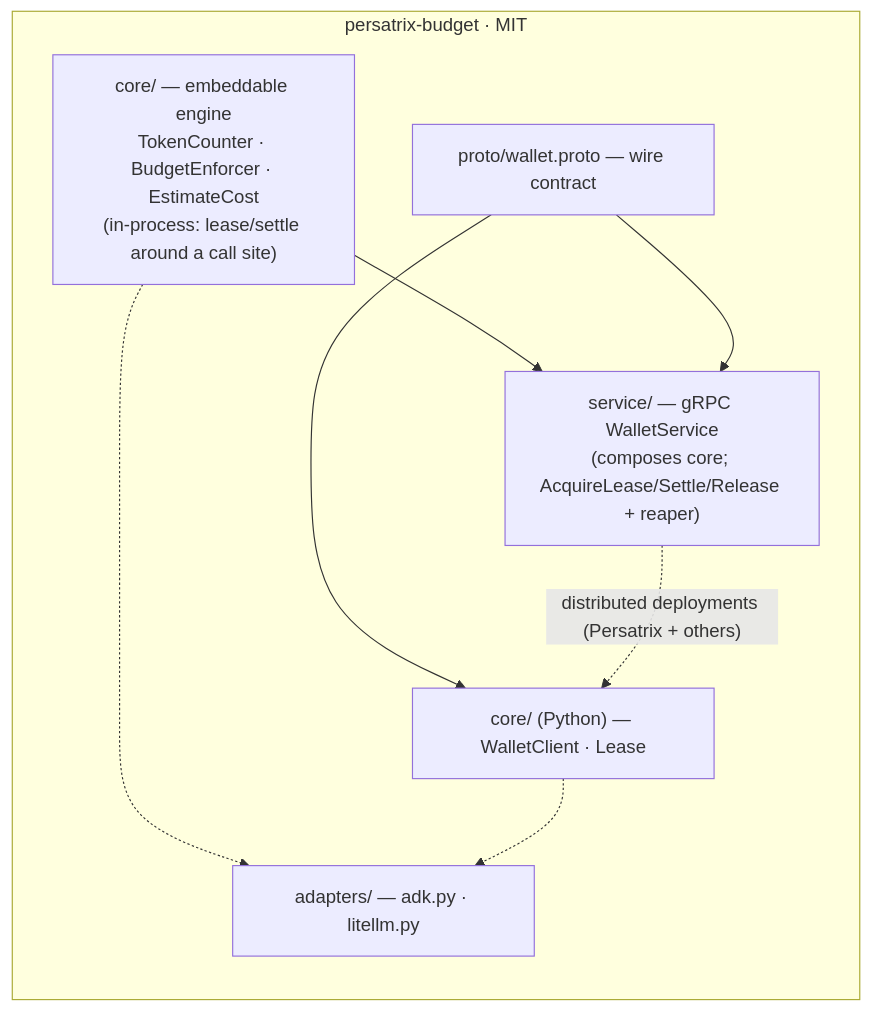
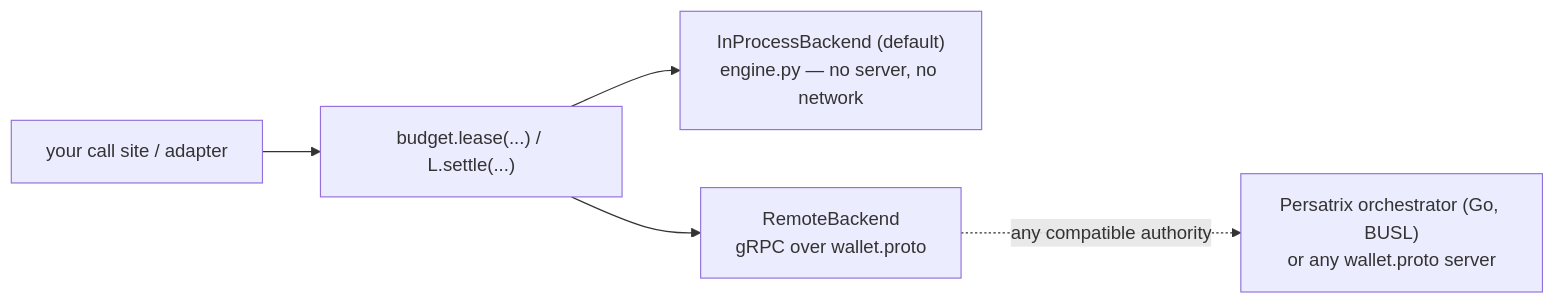
The diagram in docs/rfcs/0046-budget-lease-extraction.md (mkhomutov/Persatrix), drawn with Mermaid before and after one commit. The commit also changed other lines of this file and 3 other files, not shown here.

````diff
--- a/docs/rfcs/0046-budget-lease-extraction.md
+++ b/docs/rfcs/0046-budget-lease-extraction.md
@@ -144,16 +150,7 @@
 ```mermaid
 flowchart LR
-  subgraph persatrix-budget [persatrix-budget · MIT]
-    core["core/ — embeddable engine<br/>TokenCounter · BudgetEnforcer · EstimateCost<br/>(in-process: lease/settle around a call site)"]
-    svc["service/ — gRPC WalletService<br/>(composes core; AcquireLease/Settle/Release + reaper)"]
-    proto["proto/wallet.proto — wire contract"]
-    pyc["core/ (Python) — WalletClient · Lease"]
-    ad["adapters/ — adk.py · litellm.py"]
-    core --> svc
-    proto --> svc
-    proto --> pyc
-    core -.-> ad
-    pyc -.-> ad
-  end
-  svc -. "distributed deployments (Persatrix + others)" .-> pyc
+  call["your call site / adapter"] --> api["budget.lease(...) / L.settle(...)"]
+  api --> inp["InProcessBackend (default)<br/>engine.py — no server, no network"]
+  api --> rem["RemoteBackend<br/>gRPC over wallet.proto"]
+  rem -. "any compatible authority" .-> srv["Persatrix orchestrator (Go, BUSL)<br/>or any wallet.proto server"]
 ```
````
